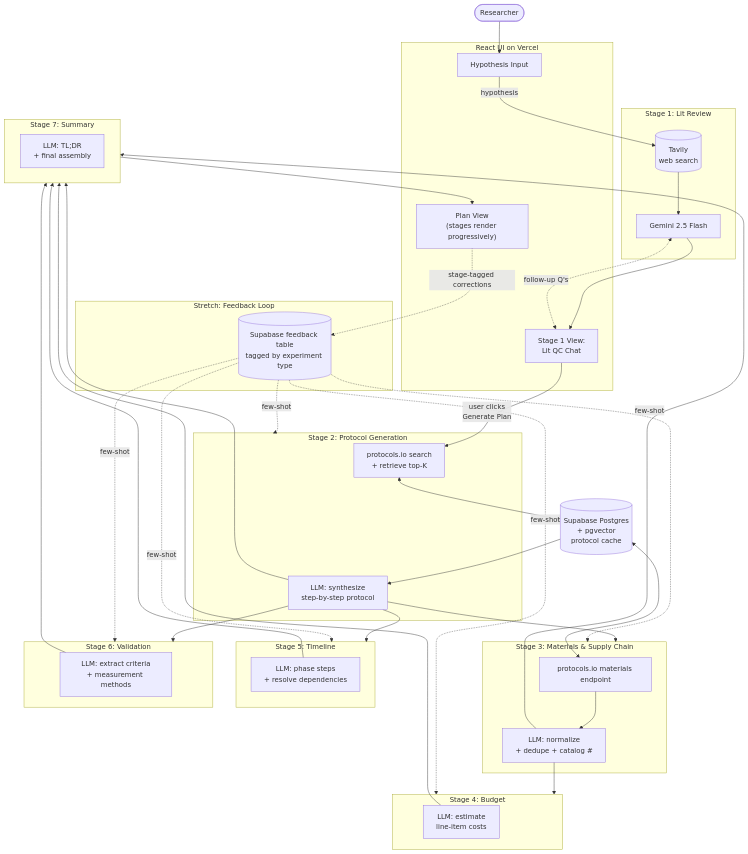
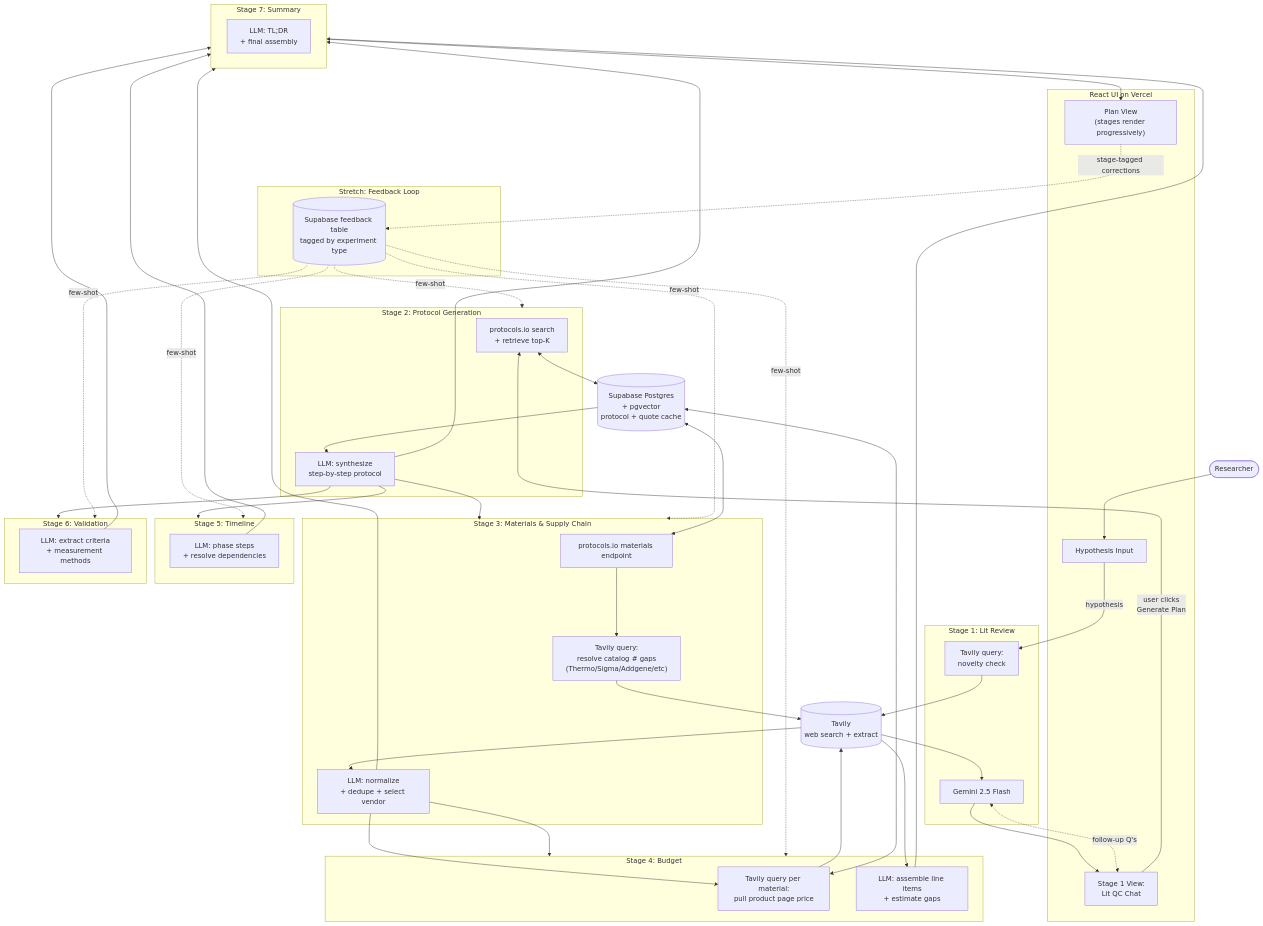
Before and after one commit to arogya-gyawali/AI_Scientist_Assistant: the diagram in spec/architecture.md, drawn with Mermaid. The commit also changed other lines of this file and 2 other files, not shown here.

First line of the commit message:
Wire suppliers into Stages 3 & 4 via Tavily

```diff
--- a/spec/architecture.md
+++ b/spec/architecture.md
@@ -29,12 +30,14 @@
         PlanView["Plan View<br/>(stages render progressively)"]
     end
 
+    Tavily[("Tavily<br/>web search + extract")]
+
     subgraph S1["Stage 1: Lit Review"]
-        Tavily[("Tavily<br/>web search")]
+        LitSearch["Tavily query:<br/>novelty check"]
         LLM1["Gemini 2.5 Flash"]
     end
 
-    Cache[("Supabase Postgres<br/>+ pgvector<br/>protocol cache")]
+    Cache[("Supabase Postgres<br/>+ pgvector<br/>protocol + quote cache")]
 
     subgraph S2["Stage 2: Protocol Generation"]
         ProtoSearch["protocols.io search<br/>+ retrieve top-K"]
@@ -43,11 +46,13 @@
 
     subgraph S3["Stage 3: Materials & Supply Chain"]
         MatFetch["protocols.io materials endpoint"]
-        MatNorm["LLM: normalize<br/>+ dedupe + catalog #"]
+        MatGapFill["Tavily query:<br/>resolve catalog # gaps<br/>(Thermo/Sigma/Addgene/etc)"]
+        MatNorm["LLM: normalize<br/>+ dedupe + select vendor"]
     end
 
     subgraph S4["Stage 4: Budget"]
-        BudgetLLM["LLM: estimate<br/>line-item costs"]
+        SupplierLookup["Tavily query per material:<br/>pull product page price"]
+        BudgetLLM["LLM: assemble line items<br/>+ estimate gaps"]
     end
 
     subgraph S5["Stage 5: Timeline"]
@@ -67,7 +72,8 @@
     end
 
     User --> Input
-    Input -->|hypothesis| Tavily
+    Input -->|hypothesis| LitSearch
+    LitSearch --> Tavily
     Tavily --> LLM1
     LLM1 --> LitView
     LitView <-.->|follow-up Q's| LLM1
@@ -80,8 +86,14 @@
     Methodology --> S6
 
     MatFetch <--> Cache
-    MatFetch --> MatNorm
+    MatFetch --> MatGapFill
+    MatGapFill --> Tavily
+    Tavily --> MatNorm
     MatNorm --> S4
+    MatNorm --> SupplierLookup
+    SupplierLookup --> Tavily
+    Tavily --> BudgetLLM
+    SupplierLookup <--> Cache
 
     Methodology --> S7
     MatNorm --> S7
```
